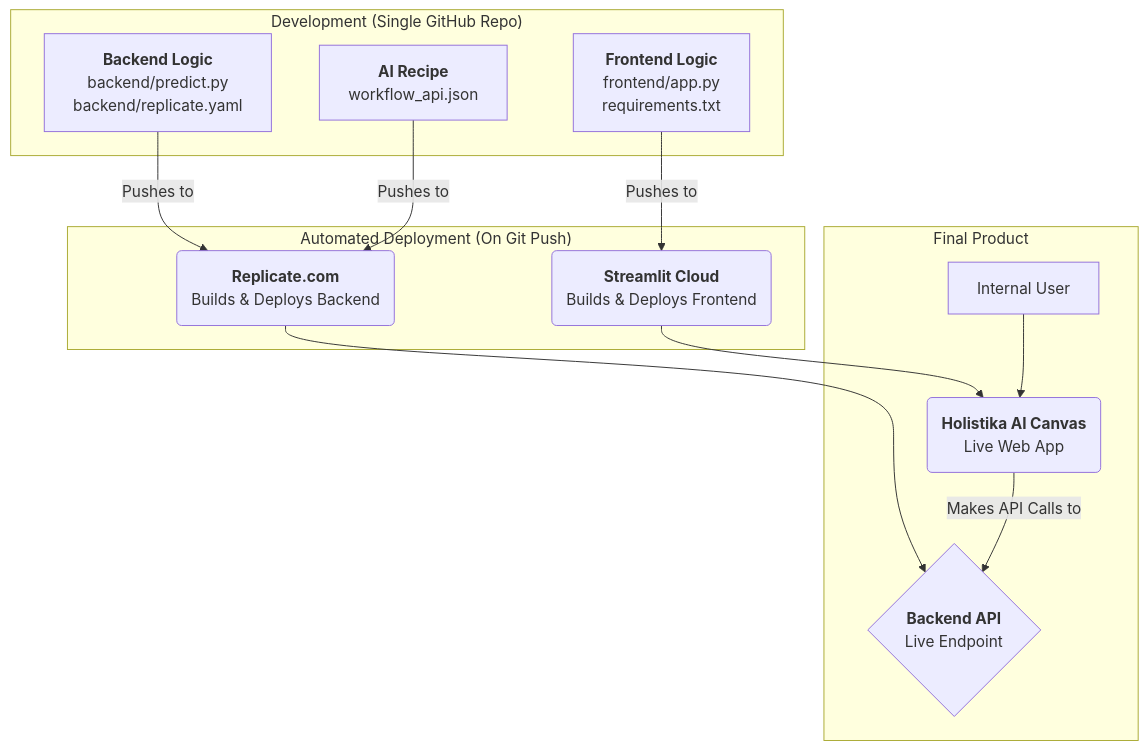
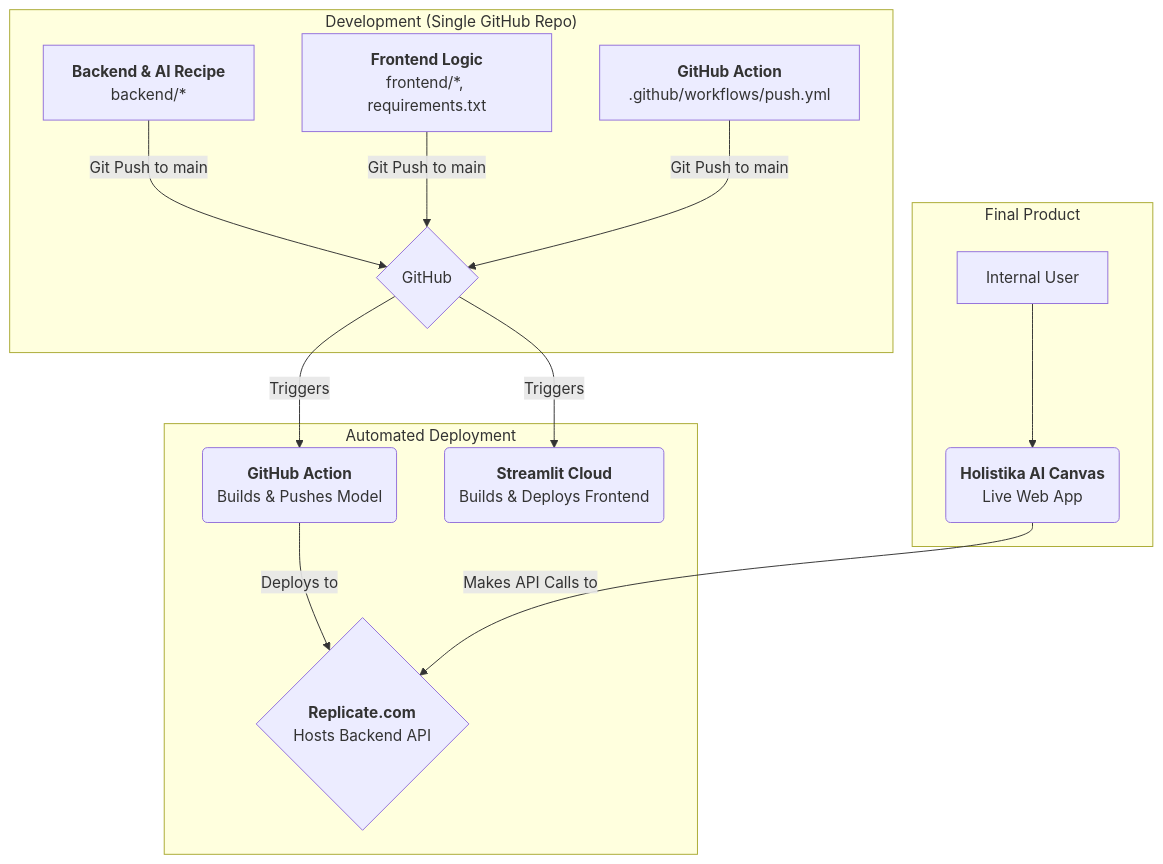
The diagram in README.md (FraysaXII/visiongen), drawn with Mermaid before and after one commit. The commit also changed other lines of this file and 4 other files, not shown here.

Commit message:
refactor: move workflow into backend and fix cog.yaml

````diff
--- a/README.md
+++ b/README.md
@@ -11,20 +14,22 @@
 ```mermaid
 graph TD
     subgraph "Development (Single GitHub Repo)"
-        A["<b>Backend Logic</b><br>backend/predict.py<br>backend/replicate.yaml"]
-        B["<b>Frontend Logic</b><br>frontend/app.py<br>requirements.txt"]
-        C["<b>AI Recipe</b><br>workflow_api.json"]
+        A["<b>Backend & AI Recipe</b><br>backend/*"]
+        B["<b>Frontend Logic</b><br>frontend/*, requirements.txt"]
+        C[<b>GitHub Action</b><br>.github/workflows/push.yml]
+        
+        A & B & C -- Git Push to main --> D{GitHub}
     end
 
-    subgraph "Automated Deployment (On Git Push)"
-        A & C -- Pushes to --> E("<b>Replicate.com</b><br>Builds & Deploys Backend")
-        B -- Pushes to --> F("<b>Streamlit Cloud</b><br>Builds & Deploys Frontend")
+    subgraph "Automated Deployment"
+        D -- Triggers --> E("<b>GitHub Action</b><br>Builds & Pushes Model")
+        E -- Deploys to --> G{"<b>Replicate.com</b><br>Hosts Backend API"}
+        D -- Triggers --> F("<b>Streamlit Cloud</b><br>Builds & Deploys Frontend")
     end
     
     subgraph "Final Product"
-        E --> G{"<b>Backend API</b><br>Live Endpoint"}
-        F --> H("<b>Holistika AI Canvas</b><br>Live Web App")
+        H("<b>Holistika AI Canvas</b><br>Live Web App")
         H -- Makes API Calls to --> G
         I[Internal User] --> H
     end
 ```
````
